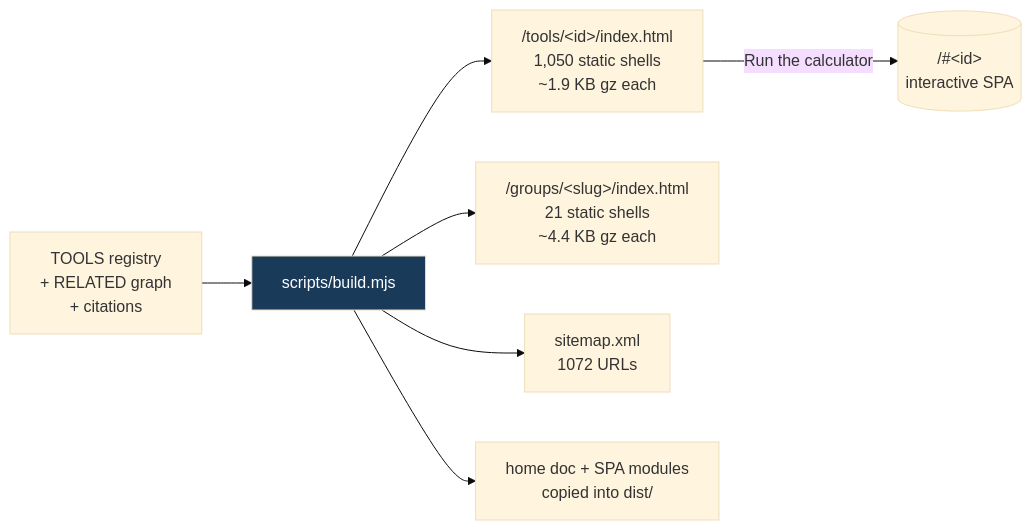
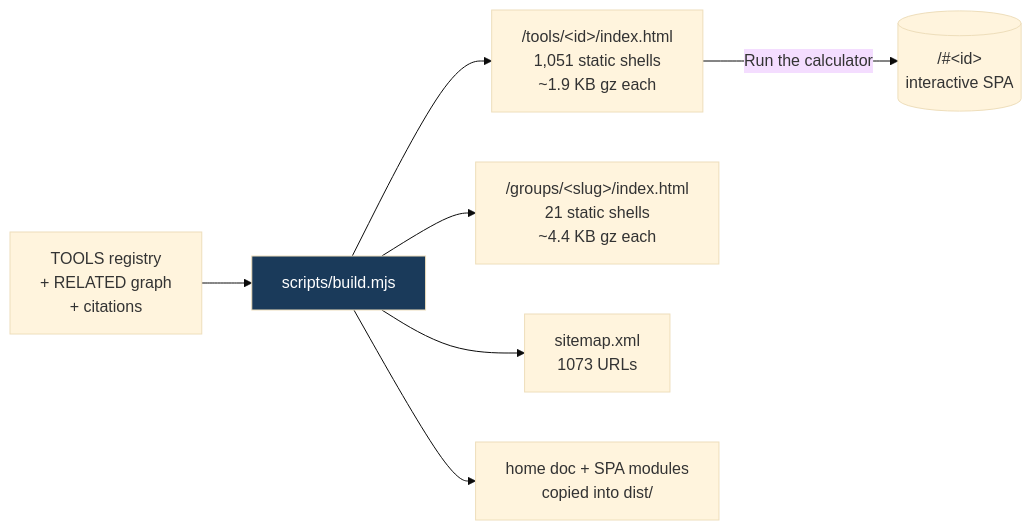
One commit to clay-good/roughlogic.com changed the fifth of 8 diagrams in README.md. Above: the diagram before and after it, drawn with Mermaid (base theme). The commit also changed other lines of this file and 14 other files, not shown here.

````diff
--- a/README.md
+++ b/README.md
@@ -495,10 +495,10 @@
 ```mermaid
 flowchart LR
     SRC[TOOLS registry\n+ RELATED graph\n+ citations] --> BUILD[scripts/build.mjs]
-    BUILD --> TILE["/tools/&lt;id&gt;/index.html\n1,050 static shells\n~1.9 KB gz each"]
+    BUILD --> TILE["/tools/&lt;id&gt;/index.html\n1,051 static shells\n~1.9 KB gz each"]
     BUILD --> GROUP["/groups/&lt;slug&gt;/index.html\n21 static shells\n~4.4 KB gz each"]
-    BUILD --> MAP["sitemap.xml\n1072 URLs"]
+    BUILD --> MAP["sitemap.xml\n1073 URLs"]
     BUILD --> COPY[home doc + SPA modules\ncopied into dist/]
     TILE -->|Run the calculator| SPA[("/#&lt;id&gt;\ninteractive SPA")]
     style BUILD fill:#1a3a5a,color:#fff
 ```
````
